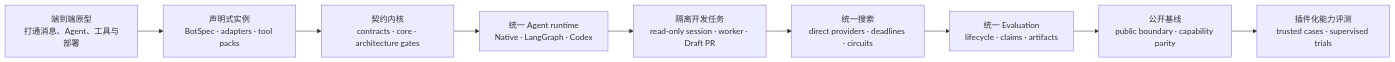
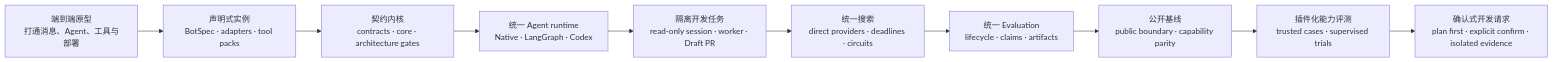
Before and after one commit to Ling-ye/AgentStrata: the diagram in docs/project-history.md, drawn with Mermaid. The commit also changed other lines of this file and 31 other files, not shown here.

````diff
--- a/docs/project-history.md
+++ b/docs/project-history.md
@@ -14,14 +14,15 @@
 ```mermaid
 flowchart LR
     A["端到端原型<br/>打通消息、Agent、工具与部署"]
     B["声明式实例<br/>BotSpec · adapters · tool packs"]
     C["契约内核<br/>contracts · core · architecture gates"]
     D["统一 Agent runtime<br/>Native · LangGraph · Codex"]
     E["隔离开发任务<br/>read-only session · worker · Draft PR"]
     F["统一搜索<br/>direct providers · deadlines · circuits"]
     G["统一 Evaluation<br/>lifecycle · claims · artifacts"]
     H["公开基线<br/>public boundary · capability parity"]
     I["插件化能力评测<br/>trusted cases · supervised trials"]
+    J["确认式开发请求<br/>plan first · explicit confirm · isolated evidence"]
 
-    A --> B --> C --> D --> E --> F --> G --> H --> I
+    A --> B --> C --> D --> E --> F --> G --> H --> I --> J
 ```
````
